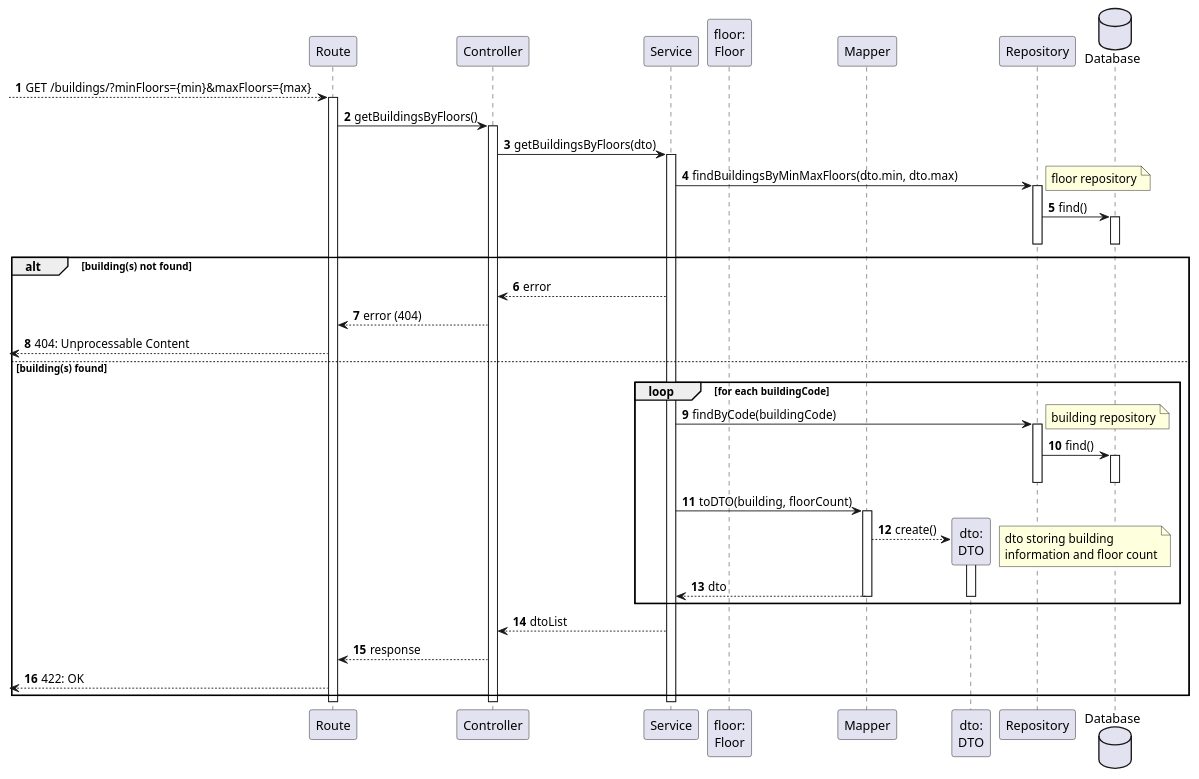
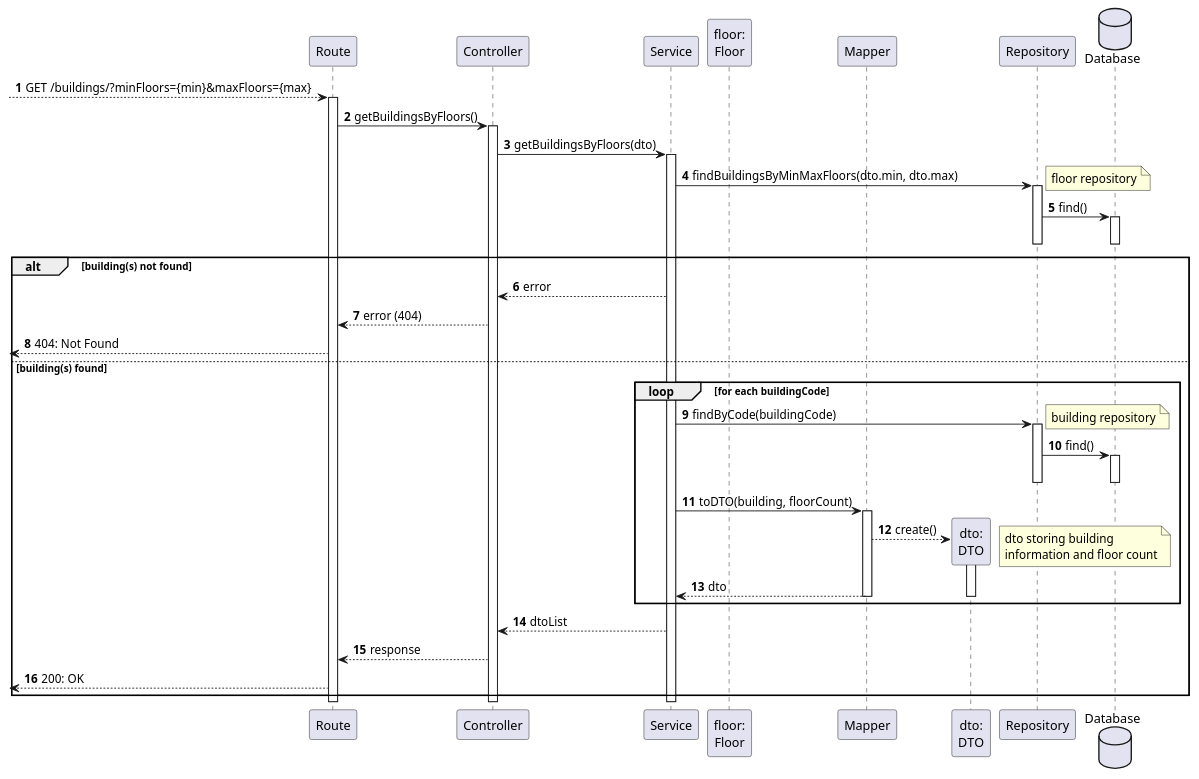
Before and after one commit to Departamento-de-Engenharia-Informatica/lapr5-23-24-g19: the diagram in docs/us180/level3/process-view.puml, drawn with PlantUML. The commit also changed 1 other file, not shown here.

```diff
--- a/docs/us180/level3/process-view.puml
+++ b/docs/us180/level3/process-view.puml
@@ -1,62 +1,62 @@
 @startuml
 autonumber
 
 participant "Route" as r
 participant "Controller" as ctrl
 participant "Service" as svc
 
 participant "floor:\nFloor" as floor
 participant "Mapper" as map
 participant "dto:\nDTO" as dto
 
 participant "Repository" as repo
 database "Database" as db
 
 [--> r: GET /buildings/?minFloors={min}&maxFloors={max}
 activate r
     r -> ctrl : getBuildingsByFloors()
     activate ctrl
         ctrl -> svc : getBuildingsByFloors(dto)
         activate svc
             svc -> repo : findBuildingsByMinMaxFloors(dto.min, dto.max)
             activate repo
                 note right: floor repository
                 repo -> db : find()
                 activate db
                 deactivate db
             deactivate repo
 
             alt building(s) not found
                 svc --> ctrl : error
                 ctrl --> r : error (404)
-                [<--r : 404: Unprocessable Content
+                [<--r : 404: Not Found
             else building(s) found
 
             loop for each buildingCode
                 svc -> repo : findByCode(buildingCode)
                 activate repo
                     note right : building repository
                     repo -> db : find()
                     activate db
                     deactivate db
                 deactivate repo
 
                 svc -> map : toDTO(building, floorCount)
 
                 activate map
                     map --> dto** : create()
-                    note right: dto storing building \ninformation and floor count
+                    note right : dto storing building \ninformation and floor count
                     activate dto
                         map --> svc : dto
                     deactivate dto
                 deactivate map
             end loop
                 svc --> ctrl : dtoList
                 ctrl --> r : response
-                [<-- r : 422: OK
+                [<-- r : 200: OK
             end
         deactivate svc
     deactivate ctrl
 deactivate r
 
 @enduml
```
